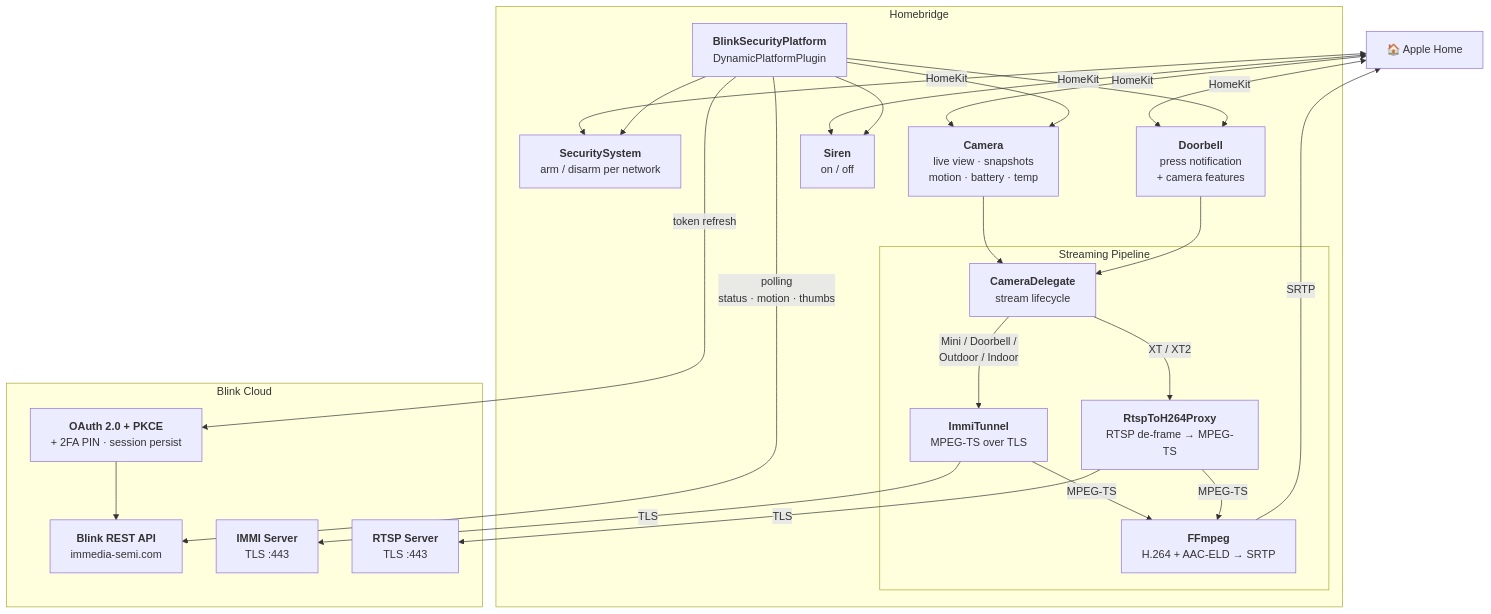
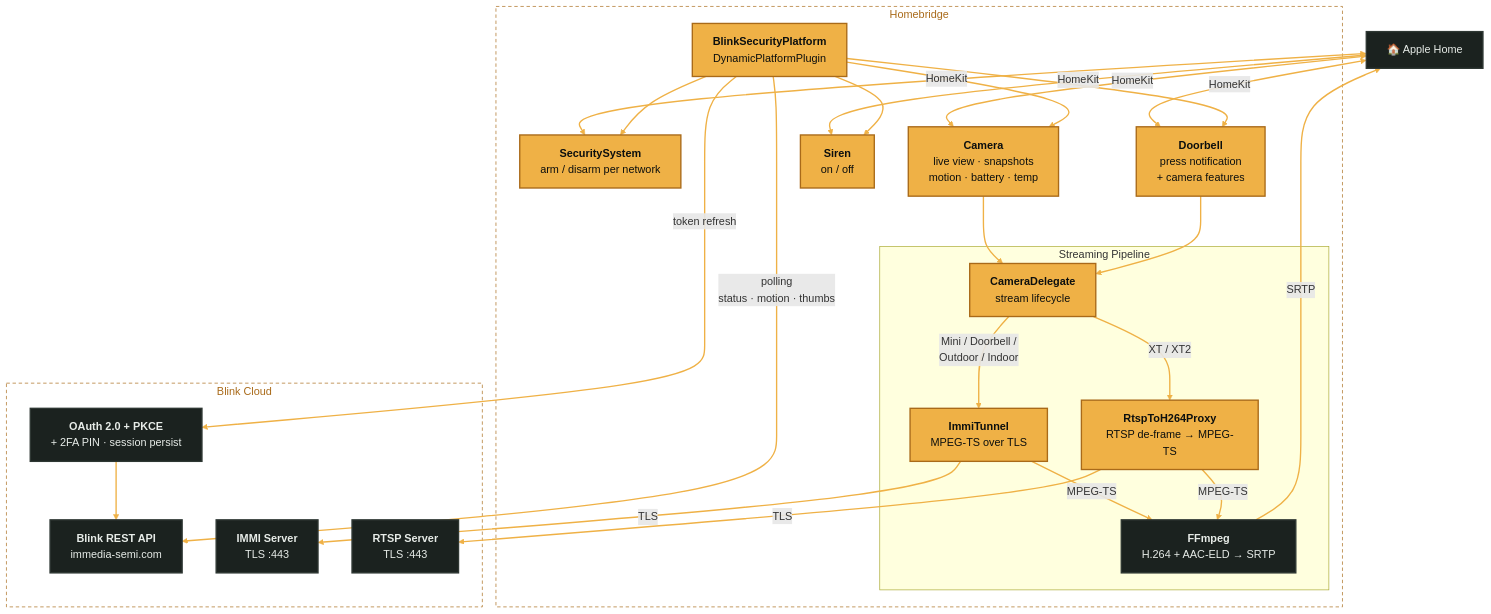
Before and after one commit to BitWise-0x/homebridge-blink-security: the diagram in README.md, drawn with Mermaid. The commit also changed other lines of this file, not shown here.

Commit message:
docs: BitWise footer

````diff
--- a/README.md
+++ b/README.md
@@ -61,44 +61,50 @@
 ```mermaid
 graph TD
     Home["🏠 Apple Home"]
 
-    subgraph Homebridge
+    subgraph hb["Homebridge"]
         platform["<b>BlinkSecurityPlatform</b><br>DynamicPlatformPlugin"]
         acc_sec["<b>SecuritySystem</b><br>arm / disarm per network"]
         acc_cam["<b>Camera</b><br>live view · snapshots<br>motion · battery · temp"]
         acc_door["<b>Doorbell</b><br>press notification<br>+ camera features"]
         acc_siren["<b>Siren</b><br>on / off"]
 
         subgraph Streaming Pipeline
             delegate["<b>CameraDelegate</b><br>stream lifecycle"]
             immi_proxy["<b>ImmiTunnel</b><br>MPEG-TS over TLS"]
             rtsp_proxy["<b>RtspToH264Proxy</b><br>RTSP de-frame → MPEG-TS"]
             ffmpeg["<b>FFmpeg</b><br>H.264 + AAC-ELD → SRTP"]
         end
     end
 
-    subgraph Blink Cloud
+    subgraph cloud["Blink Cloud"]
         auth["<b>OAuth 2.0 + PKCE</b><br>+ 2FA PIN · session persist"]
         api["<b>Blink REST API</b><br>immedia-semi.com"]
         immi_srv["<b>IMMI Server</b><br>TLS :443"]
         rtsp_srv["<b>RTSP Server</b><br>TLS :443"]
     end
 
     Home <-->|"HomeKit"| acc_sec
     Home <-->|"HomeKit"| acc_cam
     Home <-->|"HomeKit"| acc_door
     Home <-->|"HomeKit"| acc_siren
 
     platform --> acc_sec & acc_cam & acc_door & acc_siren
     platform -->|"polling<br>status · motion · thumbs"| api
     platform -->|"token refresh"| auth
     auth --> api
 
     acc_cam & acc_door --> delegate
     delegate -->|"Mini / Doorbell /<br>Outdoor / Indoor"| immi_proxy
     delegate -->|"XT / XT2"| rtsp_proxy
     immi_proxy -->|"TLS"| immi_srv
     rtsp_proxy -->|"TLS"| rtsp_srv
     immi_proxy & rtsp_proxy -->|"MPEG-TS"| ffmpeg
     ffmpeg -->|"SRTP"| Home
+    classDef default fill:#efb146,stroke:#a96a19,stroke-width:2px,color:#0c0f0e
+    classDef quiet fill:#1b221f,stroke:#2e3733,stroke-width:2px,color:#e7ece8
+    linkStyle default stroke:#efb146,stroke-width:2px
+    class Home,ffmpeg,auth,api,immi_srv,rtsp_srv quiet
+    style hb fill:transparent,stroke:#a96a19,stroke-width:1px,stroke-dasharray:5 4,color:#a96a19
+    style cloud fill:transparent,stroke:#a96a19,stroke-width:1px,stroke-dasharray:5 4,color:#a96a19
 ```
````
